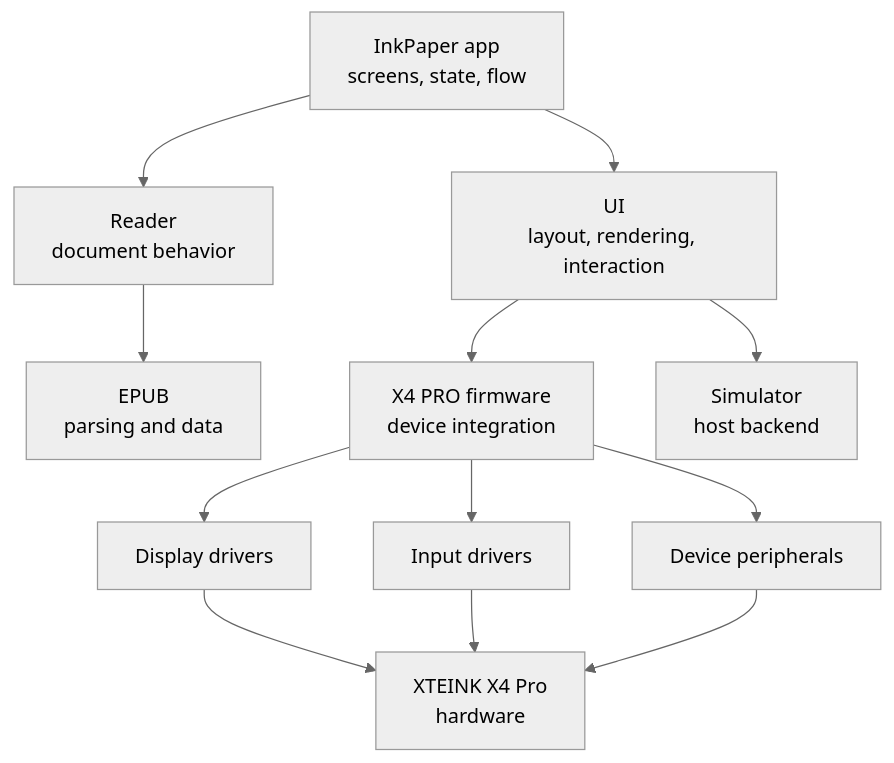
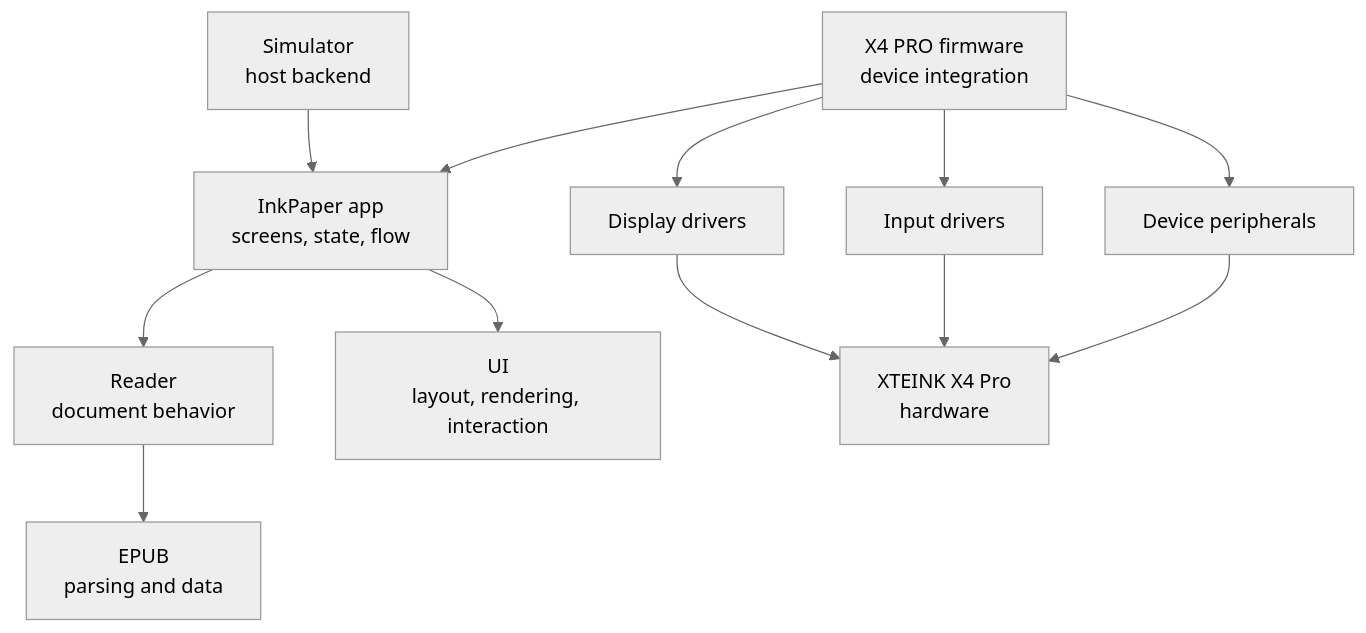
The first of 2 diagrams in README.md (OueslatiGhaith/inkpaper), drawn with Mermaid (neutral theme) before and after one commit. The commit also changed other lines of this file, not shown here.

````diff
--- a/README.md
+++ b/README.md
@@ -26,25 +24,25 @@
 ```mermaid
 flowchart TD
   APP["InkPaper app<br/>screens, state, flow"]
   READER["Reader<br/>document behavior"]
   UI["UI<br/>layout, rendering, interaction"]
   EPUB["EPUB<br/>parsing and data"]
   FW["X4 PRO firmware<br/>device integration"]
   SIM["Simulator<br/>host backend"]
   DISPLAY["Display drivers"]
   INPUT["Input drivers"]
   PERIPH["Device peripherals"]
   HW["XTEINK X4 Pro<br/>hardware"]
 
+  FW --> APP
+  SIM --> APP
   APP --> READER
   APP --> UI
   READER --> EPUB
-  UI --> FW
-  UI --> SIM
   FW --> DISPLAY
   FW --> INPUT
   FW --> PERIPH
   DISPLAY --> HW
   INPUT --> HW
   PERIPH --> HW
 ```
````
